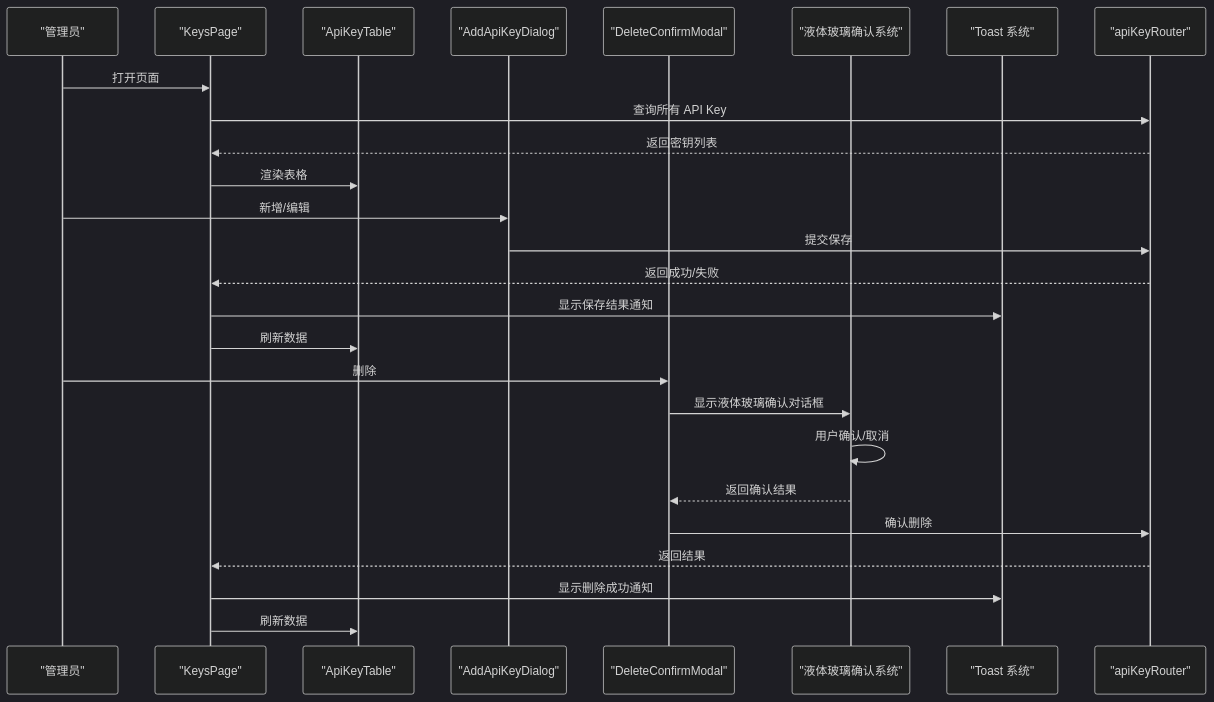
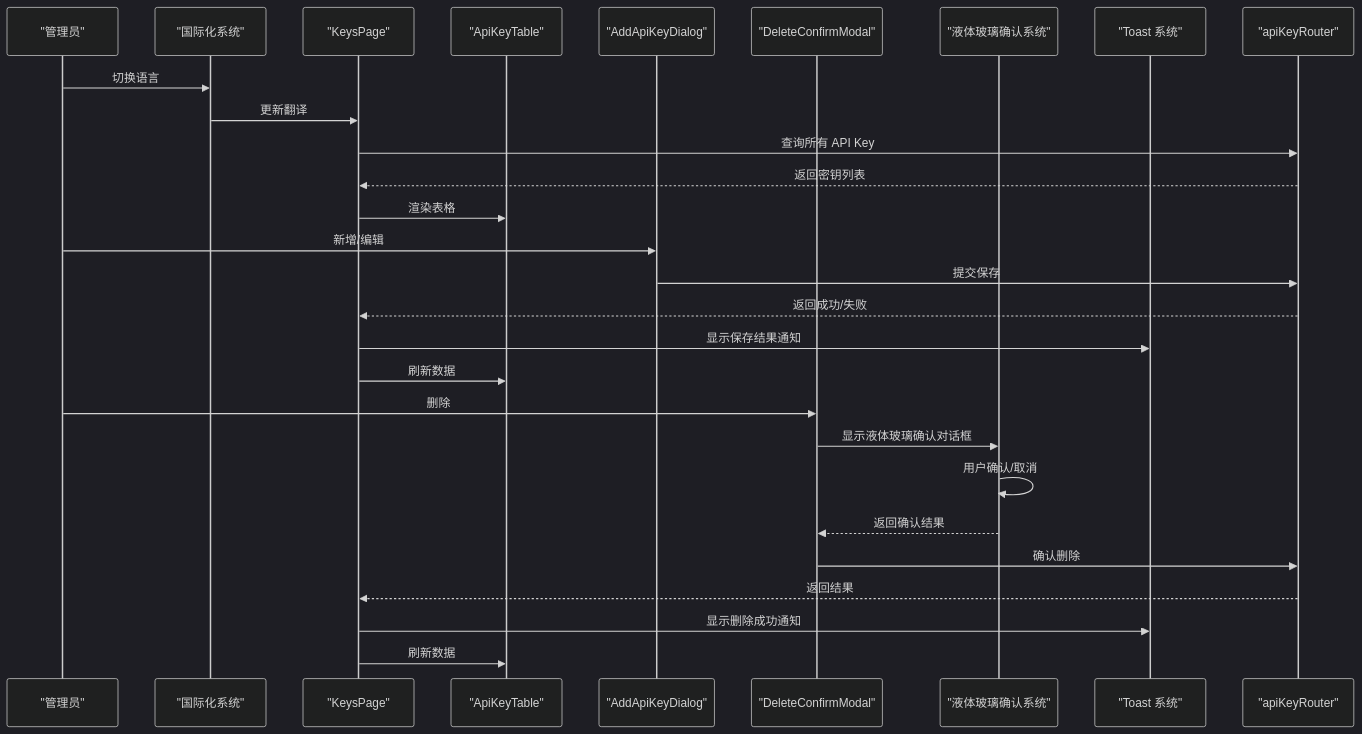
The fourth of 10 diagrams in .qoder/repowiki/zh/content/核心功能/API Key 管理.md (RadiumAg/AIGate), drawn with Mermaid (dark theme) before and after one commit. The commit also changed other lines of this file and 4 other files, not shown here.

````diff
--- a/.qoder/repowiki/zh/content/核心功能/API Key 管理.md
+++ b/.qoder/repowiki/zh/content/核心功能/API Key 管理.md
@@ -199,28 +225,30 @@
 ```mermaid
 sequenceDiagram
 participant Admin as "管理员"
+participant I18n as "国际化系统"
 participant Page as "KeysPage"
 participant Table as "ApiKeyTable"
 participant Dialog as "AddApiKeyDialog"
 participant Modal as "DeleteConfirmModal"
 participant Confirm as "液体玻璃确认系统"
 participant Toast as "Toast 系统"
 participant API as "apiKeyRouter"
-Admin->>Page : 打开页面
+Admin->>I18n : 切换语言
+I18n->>Page : 更新翻译
 Page->>API : 查询所有 API Key
 API-->>Page : 返回密钥列表
 Page->>Table : 渲染表格
 Admin->>Dialog : 新增/编辑
 Dialog->>API : 提交保存
 API-->>Page : 返回成功/失败
 Page->>Toast : 显示保存结果通知
 Page->>Table : 刷新数据
 Admin->>Modal : 删除
 Modal->>Confirm : 显示液体玻璃确认对话框
 Confirm->>Confirm : 用户确认/取消
 Confirm-->>Modal : 返回确认结果
 Modal->>API : 确认删除
 API-->>Page : 返回结果
 Page->>Toast : 显示删除成功通知
 Page->>Table : 刷新数据
 ```
````
